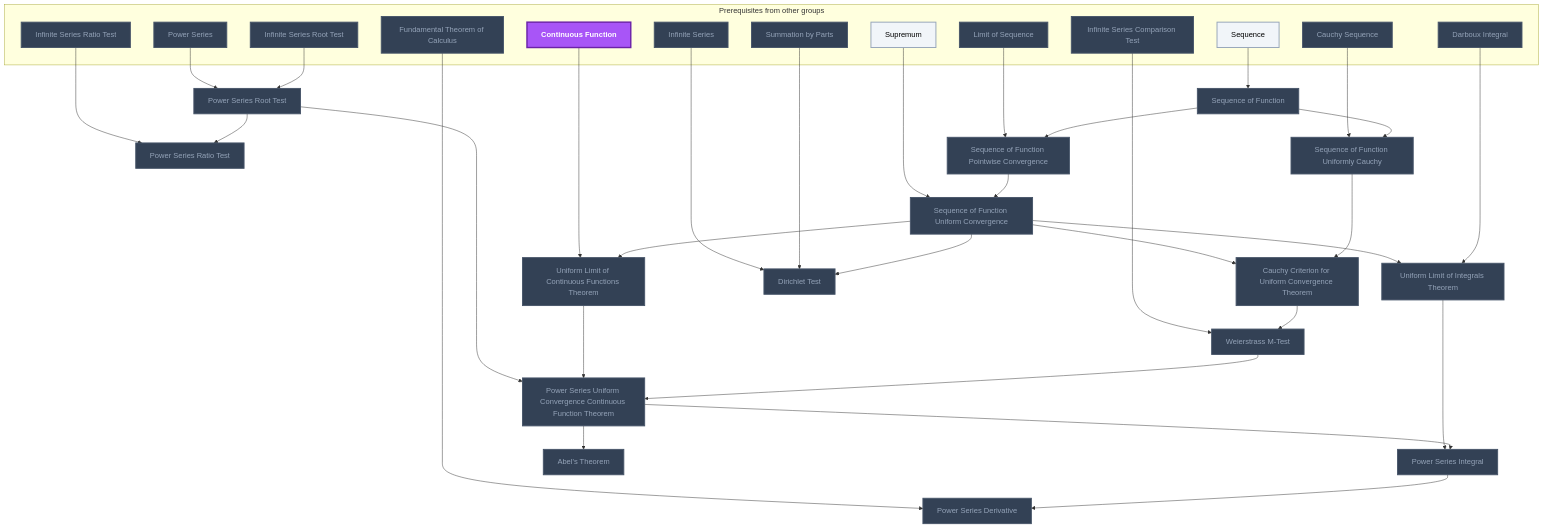
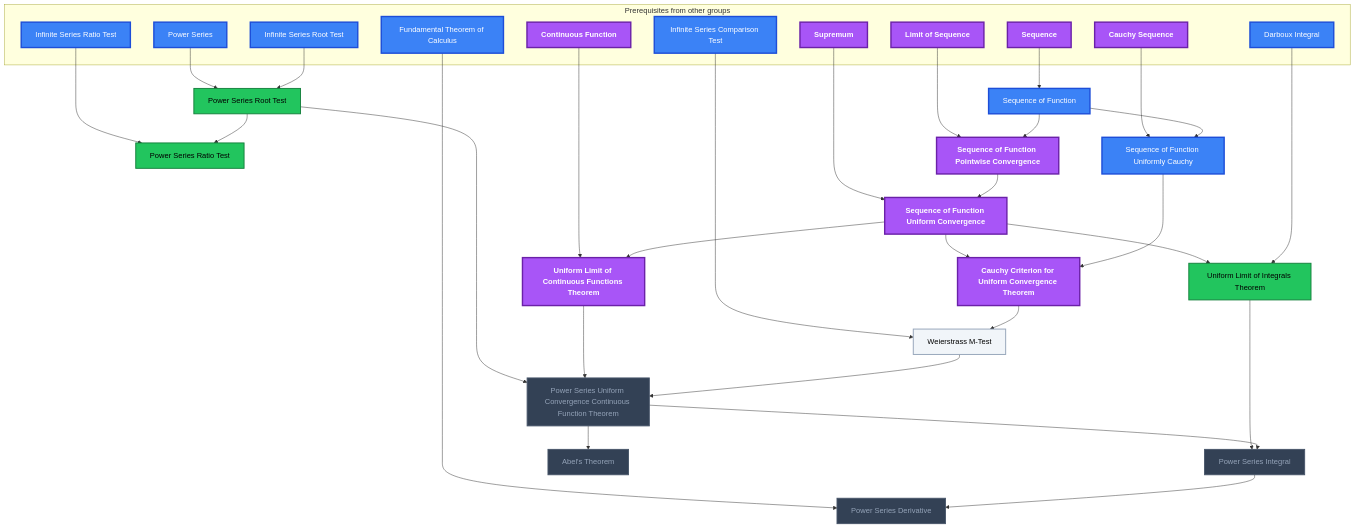
One commit to MRauf1/My-Notes changed the eighth of 22 diagrams in Gamification/Skill Trees/Real Analysis.md. Above: the diagram before and after it, drawn with Mermaid. The commit also changed other lines of this file and 145 other files, not shown here.

````diff
--- a/Gamification/Skill Trees/Real Analysis.md
+++ b/Gamification/Skill Trees/Real Analysis.md
@@ -765,76 +787,72 @@
 ```mermaid
 flowchart TD
     classDef planned fill:#1E293B,stroke:#64748B,stroke-width:2px,stroke-dasharray:5 5,color:#94A3B8;
     classDef locked fill:#334155,stroke:#475569,stroke-width:2px,color:#94A3B8;
     classDef L0 fill:#F1F5F9,stroke:#94A3B8,stroke-width:2px,color:#000000;
     classDef L1 fill:#22C55E,stroke:#15803D,stroke-width:2px,color:#000000;
     classDef L2 fill:#3B82F6,stroke:#1D4ED8,stroke-width:3px,color:#FFFFFF;
     classDef L3 fill:#A855F7,stroke:#6B21A8,stroke-width:3px,color:#FFFFFF,font-weight:bold;
     classDef L4 fill:#F97316,stroke:#C2410C,stroke-width:4px,color:#000000,font-weight:bold;
     classDef L5 fill:#FFD700,stroke:#FF8C00,stroke-width:5px,color:#000000,font-weight:bold;
     classDef rusty stroke:#8B4513,stroke-width:4px,stroke-dasharray:3 3;
     subgraph sg_prereqs["Prerequisites from other groups"]
         n_power_series["Power Series"]
         n_infinite_series_root_test["Infinite Series Root Test"]
         n_infinite_series_ratio_test["Infinite Series Ratio Test"]
         n_sequence["Sequence"]
         n_limit_of_sequence["Limit of Sequence"]
         n_supremum["Supremum"]
         n_continuous_function["Continuous Function"]
         n_darboux_integral["Darboux Integral"]
         n_cauchy_sequence["Cauchy Sequence"]
         n_infinite_series_comparison_test["Infinite Series Comparison Test"]
         n_fundamental_theorem_of_calculus["Fundamental Theorem of Calculus"]
-        n_infinite_series["Infinite Series"]
-        n_summation_by_parts["Summation by Parts"]
     end
     n_power_series_root_test["Power Series Root Test"]
     n_power_series_ratio_test["Power Series Ratio Test"]
     n_sequence_of_function["Sequence of Function"]
     n_sequence_of_function_pointwise_convergence["Sequence of Function Pointwise Convergence"]
     n_sequence_of_function_uniform_convergence["Sequence of Function Uniform Convergence"]
     n_uniform_limit_of_continuous_functions_theorem["Uniform Limit of Continuous Functions Theorem"]
     n_uniform_limit_of_integrals_theorem["Uniform Limit of Integrals Theorem"]
     n_cauchy_criterion_for_uniform_convergence_theorem["Cauchy Criterion for Uniform Convergence Theorem"]
     n_sequence_of_function_uniformly_cauchy["Sequence of Function Uniformly Cauchy"]
     n_weierstrass_m_test["Weierstrass M-Test"]
     n_power_series_uniform_convergence_continuous_function_theorem["Power Series Uniform Convergence Continuous Function Theorem"]
     n_power_series_derivative["Power Series Derivative"]
     n_power_series_integral["Power Series Integral"]
     n_abel_s_theorem["Abel's Theorem"]
-    n_dirichlet_test["Dirichlet Test"]
     n_power_series --> n_power_series_root_test
     n_infinite_series_root_test --> n_power_series_root_test
     n_infinite_series_ratio_test --> n_power_series_ratio_test
     n_power_series_root_test --> n_power_series_ratio_test
     n_sequence --> n_sequence_of_function
     n_limit_of_sequence --> n_sequence_of_function_pointwise_convergence
     n_sequence_of_function --> n_sequence_of_function_pointwise_convergence
     n_supremum --> n_sequence_of_function_uniform_convergence
     n_sequence_of_function_pointwise_convergence --> n_sequence_of_function_uniform_convergence
     n_continuous_function --> n_uniform_limit_of_continuous_functions_theorem
     n_sequence_of_function_uniform_convergence --> n_uniform_limit_of_continuous_functions_theorem
     n_sequence_of_function_uniform_convergence --> n_uniform_limit_of_integrals_theorem
     n_darboux_integral --> n_uniform_limit_of_integrals_theorem
     n_sequence_of_function_uniform_convergence --> n_cauchy_criterion_for_uniform_convergence_theorem
     n_sequence_of_function_uniformly_cauchy --> n_cauchy_criterion_for_uniform_convergence_theorem
     n_cauchy_sequence --> n_sequence_of_function_uniformly_cauchy
     n_sequence_of_function --> n_sequence_of_function_uniformly_cauchy
     n_infinite_series_comparison_test --> n_weierstrass_m_test
     n_cauchy_criterion_for_uniform_convergence_theorem --> n_weierstrass_m_test
     n_power_series_root_test --> n_power_series_uniform_convergence_continuous_function_theorem
     n_uniform_limit_of_continuous_functions_theorem --> n_power_series_uniform_convergence_continuous_function_theorem
     n_weierstrass_m_test --> n_power_series_uniform_convergence_continuous_function_theorem
     n_fundamental_theorem_of_calculus --> n_power_series_derivative
     n_power_series_integral --> n_power_series_derivative
     n_uniform_limit_of_integrals_theorem --> n_power_series_integral
     n_power_series_uniform_convergence_continuous_function_theorem --> n_power_series_integral
     n_power_series_uniform_convergence_continuous_function_theorem --> n_abel_s_theorem
-    n_infinite_series --> n_dirichlet_test
-    n_summation_by_parts --> n_dirichlet_test
-    n_sequence_of_function_uniform_convergence --> n_dirichlet_test
-    class n_power_series,n_infinite_series_root_test,n_infinite_series_ratio_test,n_limit_of_sequence,n_darboux_integral,n_cauchy_sequence,n_infinite_series_comparison_test,n_fundamental_theorem_of_calculus,n_infinite_series,n_summation_by_parts,n_power_series_root_test,n_power_series_ratio_test,n_sequence_of_function,n_sequence_of_function_pointwise_convergence,n_sequence_of_function_uniform_convergence,n_uniform_limit_of_continuous_functions_theorem,n_uniform_limit_of_integrals_theorem,n_cauchy_criterion_for_uniform_convergence_theorem,n_sequence_of_function_uniformly_cauchy,n_weierstrass_m_test,n_power_series_uniform_convergence_continuous_function_theorem,n_power_series_derivative,n_power_series_integral,n_abel_s_theorem,n_dirichlet_test locked;
-    class n_sequence,n_supremum L0;
-    class n_continuous_function L3;
-    class n_power_series,n_infinite_series_root_test,n_infinite_series_ratio_test,n_sequence,n_limit_of_sequence,n_supremum,n_continuous_function,n_darboux_integral,n_cauchy_sequence,n_infinite_series_comparison_test,n_fundamental_theorem_of_calculus,n_infinite_series,n_summation_by_parts,n_power_series_root_test,n_power_series_ratio_test,n_sequence_of_function,n_sequence_of_function_pointwise_convergence,n_sequence_of_function_uniform_convergence,n_uniform_limit_of_continuous_functions_theorem,n_uniform_limit_of_integrals_theorem,n_cauchy_criterion_for_uniform_convergence_theorem,n_sequence_of_function_uniformly_cauchy,n_weierstrass_m_test,n_power_series_uniform_convergence_continuous_function_theorem,n_power_series_derivative,n_power_series_integral,n_abel_s_theorem,n_dirichlet_test internal-link;
+    class n_power_series_uniform_convergence_continuous_function_theorem,n_power_series_derivative,n_power_series_integral,n_abel_s_theorem locked;
+    class n_weierstrass_m_test L0;
+    class n_power_series_root_test,n_power_series_ratio_test,n_uniform_limit_of_integrals_theorem L1;
+    class n_power_series,n_infinite_series_root_test,n_infinite_series_ratio_test,n_darboux_integral,n_infinite_series_comparison_test,n_fundamental_theorem_of_calculus,n_sequence_of_function,n_sequence_of_function_uniformly_cauchy L2;
+    class n_sequence,n_limit_of_sequence,n_supremum,n_continuous_function,n_cauchy_sequence,n_sequence_of_function_pointwise_convergence,n_sequence_of_function_uniform_convergence,n_uniform_limit_of_continuous_functions_theorem,n_cauchy_criterion_for_uniform_convergence_theorem L3;
+    class n_power_series,n_infinite_series_root_test,n_infinite_series_ratio_test,n_sequence,n_limit_of_sequence,n_supremum,n_continuous_function,n_darboux_integral,n_cauchy_sequence,n_infinite_series_comparison_test,n_fundamental_theorem_of_calculus,n_power_series_root_test,n_power_series_ratio_test,n_sequence_of_function,n_sequence_of_function_pointwise_convergence,n_sequence_of_function_uniform_convergence,n_uniform_limit_of_continuous_functions_theorem,n_uniform_limit_of_integrals_theorem,n_cauchy_criterion_for_uniform_convergence_theorem,n_sequence_of_function_uniformly_cauchy,n_weierstrass_m_test,n_power_series_uniform_convergence_continuous_function_theorem,n_power_series_derivative,n_power_series_integral,n_abel_s_theorem internal-link;
 ```
````
